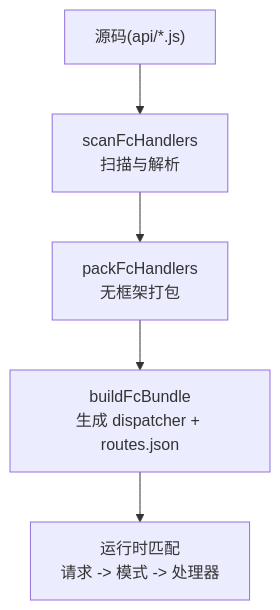
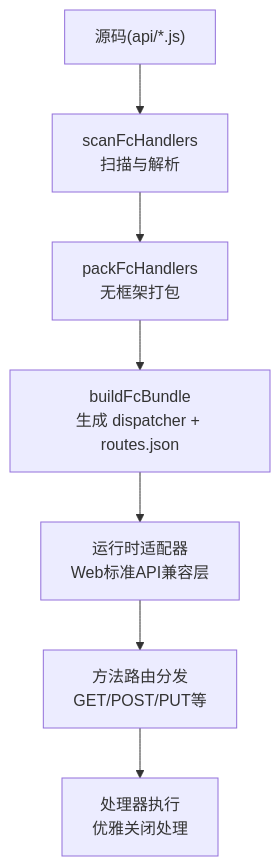
One commit to esa-sp/test-for-aone-ci changed the second of 10 diagrams in .qoder/repowiki/zh/content/无服务器函数测试/无服务器函数测试.md. Above: the diagram before and after it, drawn with Mermaid. The commit also changed other lines of this file and 51 other files, not shown here.

````diff
--- a/.qoder/repowiki/zh/content/无服务器函数测试/无服务器函数测试.md
+++ b/.qoder/repowiki/zh/content/无服务器函数测试/无服务器函数测试.md
@@ -130,7 +146,9 @@
 ```mermaid
 graph TB
 A["源码(api/*.js)"] --> B["scanFcHandlers<br/>扫描与解析"]
 B --> C["packFcHandlers<br/>无框架打包"]
 C --> D["buildFcBundle<br/>生成 dispatcher + routes.json"]
-D --> E["运行时匹配<br/>请求 -> 模式 -> 处理器"]
+D --> E["运行时适配器<br/>Web标准API兼容层"]
+E --> F["方法路由分发<br/>GET/POST/PUT等"]
+F --> G["处理器执行<br/>优雅关闭处理"]
 ```
````
